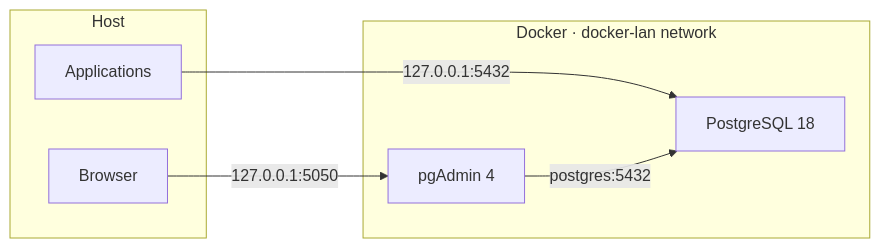
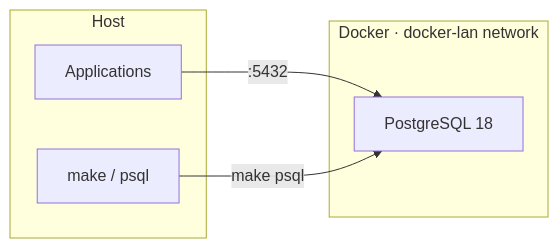
One commit to iSmartyPRO/docker-postgres changed the diagram in README.md. Above: the diagram before and after it, drawn with Mermaid. The commit also changed other lines of this file and 10 other files, not shown here.

````diff
--- a/README.md
+++ b/README.md
@@ -31,16 +30,14 @@
 ```mermaid
 flowchart LR
     subgraph host["Host"]
         App["Applications"]
-        Browser["Browser"]
+        CLI["make / psql"]
     end
 
     subgraph docker["Docker · docker-lan network"]
         PG["PostgreSQL 18"]
-        PGA["pgAdmin 4"]
     end
 
-    App -->|"127.0.0.1:5432"| PG
-    Browser -->|"127.0.0.1:5050"| PGA
-    PGA -->|"postgres:5432"| PG
+    App -->|":5432"| PG
+    CLI -->|"make psql"| PG
 ```
````
